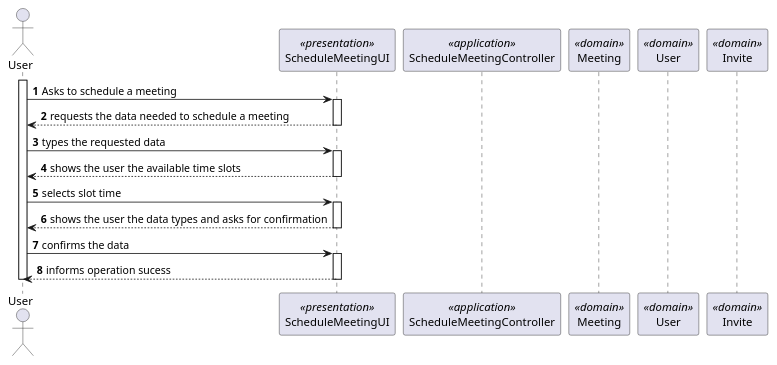
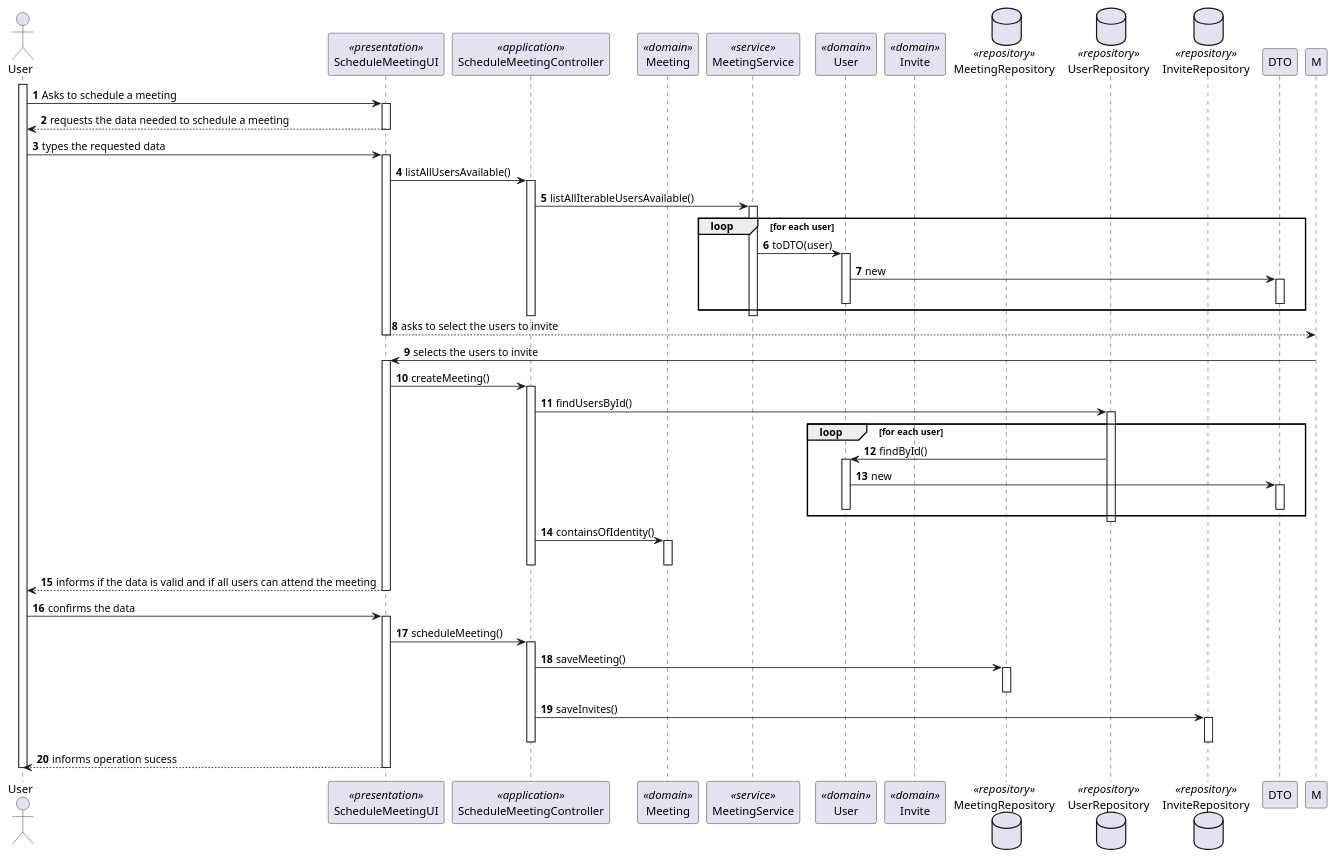
Before and after one commit to miseEnPlace-dev/lapr4: the diagram in docs/sprint-b/us27-4001/US4001_SD.puml, drawn with PlantUML. The commit also changed 2 other files, not shown here.

```diff
--- a/docs/sprint-b/us27-4001/US4001_SD.puml
+++ b/docs/sprint-b/us27-4001/US4001_SD.puml
@@ -1,41 +1,101 @@
 @startuml US4001_SD
 autonumber
 
 actor "User" as U
 
 participant "ScheduleMeetingUI" as UI <<presentation>>
 participant "ScheduleMeetingController" as CTRL <<application>>
 participant "Meeting" as MEETING <<domain>>
+participant "MeetingService" as MS <<service>>
 participant "User" as USER <<domain>>
 participant "Invite" as INVITE <<domain>>
 
+database MeetingRepository as MR <<repository>>
+database UserRepository as UR <<repository>>
+database InviteRepository as IR <<repository>>
 
 activate U
 
 U -> UI : Asks to schedule a meeting
 activate UI
 
 UI --> U : requests the data needed to schedule a meeting
 deactivate UI
 
 U -> UI : types the requested data
 activate UI
 
-UI --> U : shows the user the available time slots
+UI -> CTRL : listAllUsersAvailable()
+activate CTRL
+
+CTRL -> MS : listAllIterableUsersAvailable()
+activate MS
+
+loop for each user
+  MS -> USER : toDTO(user)
+  activate USER
+  USER -> DTO : new
+  activate DTO
+  deactivate DTO
+  deactivate USER
+end loop
+
+deactivate MS
+
+deactivate CTRL
+
+UI --> M : asks to select the users to invite
 deactivate UI
 
-U -> UI : selects slot time
+M -> UI : selects the users to invite
 activate UI
 
-UI --> U : shows the user the data types and asks for confirmation
+UI -> CTRL : createMeeting()
+activate CTRL
+
+CTRL -> UR : findUsersById()
+activate UR
+
+loop for each user
+  UR -> USER : findById()
+  activate USER
+  USER -> DTO : new
+  activate DTO
+  deactivate DTO
+  deactivate USER
+end loop
+
+deactivate UR
+
+CTRL -> MEETING : containsOfIdentity()
+activate MEETING
+deactivate MEETING
+
+deactivate CTRL
+deactivate CTRL
+
+UI --> U : informs if the data is valid and if all users can attend the meeting
 deactivate UI
 
 U -> UI : confirms the data
 activate UI
+
+UI -> CTRL : scheduleMeeting()
+activate CTRL
+
+CTRL -> MR : saveMeeting()
+activate MR
+deactivate MR
+
+CTRL -> IR : saveInvites()
+activate IR
+deactivate IR
+
+deactivate CTRL
 
 UI --> U : informs operation sucess
 deactivate UI
 
 deactivate U
 
 @enduml
```
